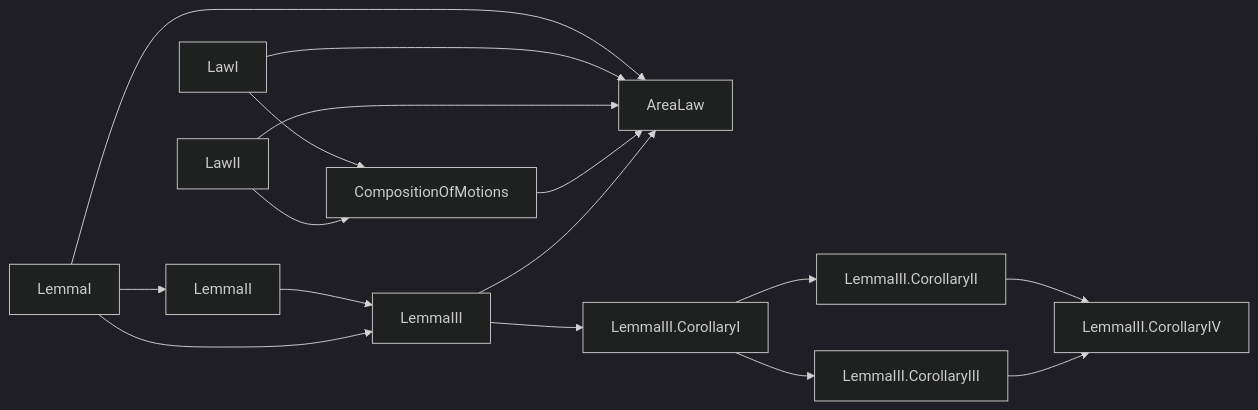
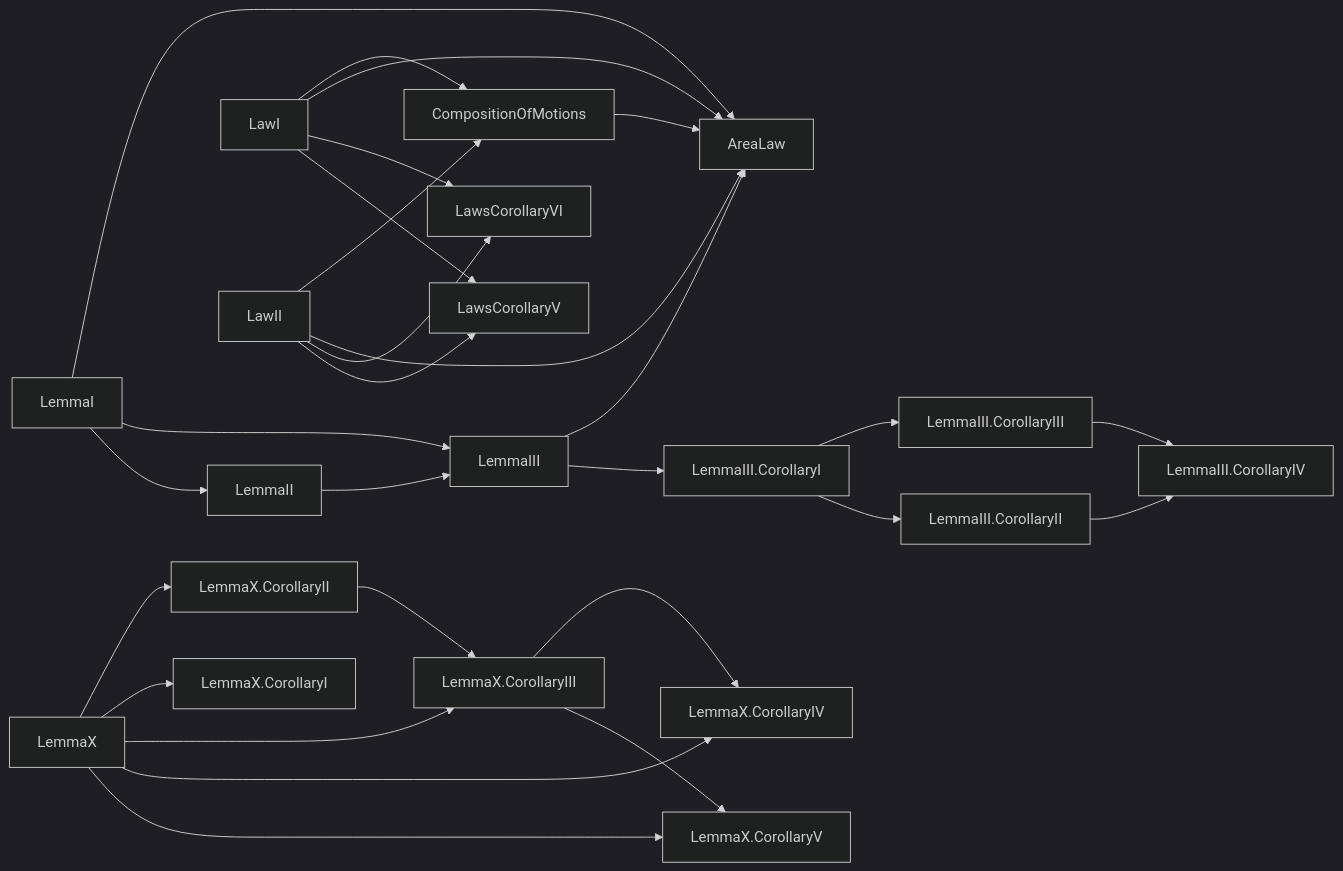
The seventh of 7 diagrams in research/figures.md (arivero/newtonlean), drawn with Mermaid (dark theme) before and after one commit. The commit also changed other lines of this file and 10 other files, not shown here.

````diff
--- a/research/figures.md
+++ b/research/figures.md
@@ -187,18 +221,30 @@
 ```mermaid
 flowchart LR
   LemmaII["LemmaII"] --> LemmaIII["LemmaIII"]
   LemmaI["LemmaI"] --> AreaLaw["AreaLaw"]
   LawI["LawI"] --> CompositionOfMotions["CompositionOfMotions"]
   LawII["LawII"] --> CompositionOfMotions["CompositionOfMotions"]
   LawI["LawI"] --> AreaLaw["AreaLaw"]
   LawII["LawII"] --> AreaLaw["AreaLaw"]
   CompositionOfMotions["CompositionOfMotions"] --> AreaLaw["AreaLaw"]
   LemmaIII["LemmaIII"] --> AreaLaw["AreaLaw"]
   LemmaI["LemmaI"] --> LemmaIII["LemmaIII"]
   LemmaIII_CorollaryII["LemmaIII.CorollaryII"] --> LemmaIII_CorollaryIV["LemmaIII.CorollaryIV"]
   LemmaIII_CorollaryIII["LemmaIII.CorollaryIII"] --> LemmaIII_CorollaryIV["LemmaIII.CorollaryIV"]
   LemmaIII_CorollaryI["LemmaIII.CorollaryI"] --> LemmaIII_CorollaryIII["LemmaIII.CorollaryIII"]
+  LemmaX["LemmaX"] --> LemmaX_CorollaryII["LemmaX.CorollaryII"]
   LemmaI["LemmaI"] --> LemmaII["LemmaII"]
+  LemmaX["LemmaX"] --> LemmaX_CorollaryI["LemmaX.CorollaryI"]
+  LemmaX["LemmaX"] --> LemmaX_CorollaryIII["LemmaX.CorollaryIII"]
+  LemmaX_CorollaryII["LemmaX.CorollaryII"] --> LemmaX_CorollaryIII["LemmaX.CorollaryIII"]
+  LawI["LawI"] --> LawsCorollaryVI["LawsCorollaryVI"]
+  LawII["LawII"] --> LawsCorollaryVI["LawsCorollaryVI"]
+  LawI["LawI"] --> LawsCorollaryV["LawsCorollaryV"]
+  LawII["LawII"] --> LawsCorollaryV["LawsCorollaryV"]
   LemmaIII_CorollaryI["LemmaIII.CorollaryI"] --> LemmaIII_CorollaryII["LemmaIII.CorollaryII"]
+  LemmaX["LemmaX"] --> LemmaX_CorollaryIV["LemmaX.CorollaryIV"]
+  LemmaX_CorollaryIII["LemmaX.CorollaryIII"] --> LemmaX_CorollaryIV["LemmaX.CorollaryIV"]
   LemmaIII["LemmaIII"] --> LemmaIII_CorollaryI["LemmaIII.CorollaryI"]
+  LemmaX["LemmaX"] --> LemmaX_CorollaryV["LemmaX.CorollaryV"]
+  LemmaX_CorollaryIII["LemmaX.CorollaryIII"] --> LemmaX_CorollaryV["LemmaX.CorollaryV"]
 ```
````
